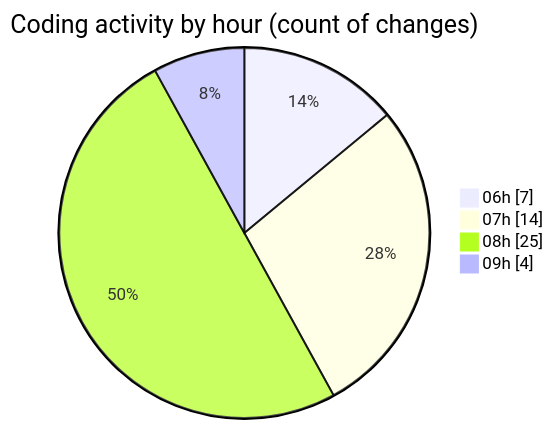
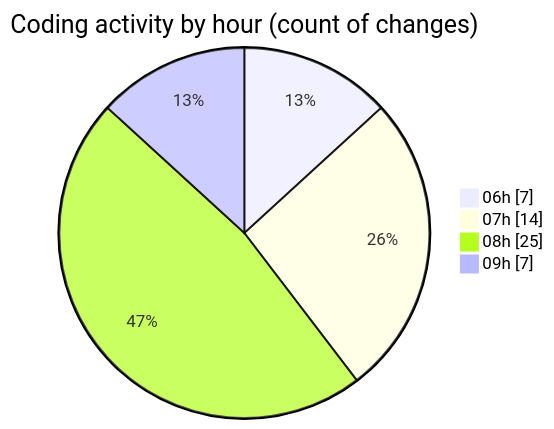
The second of 2 diagrams in 2025-04-18/zeytoon/README.md (vahidmafi/code-tracking), drawn with Mermaid before and after one commit. The commit also changed other lines of this file and 1 other file, not shown here.

````diff
--- a/2025-04-18/zeytoon/README.md
+++ b/2025-04-18/zeytoon/README.md
@@ -37,8 +38,8 @@
 ```mermaid
 pie showData
 title Coding activity by hour (count of changes)
 "06h" : 7
 "07h" : 14
 "08h" : 25
-"09h" : 4
+"09h" : 7
 ```
````
